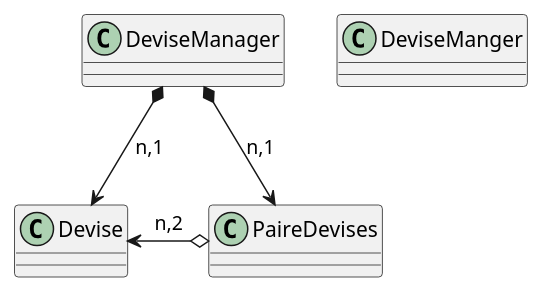
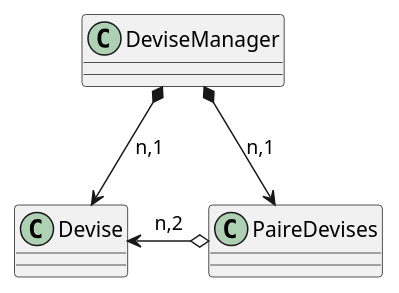
The diagram in uml/diagram_class.puml (mkuskusi/TD4), drawn with PlantUML before and after one commit. The commit also changed 1 other file, not shown here.

```diff
--- a/uml/diagram_class.puml
+++ b/uml/diagram_class.puml
@@ -1,22 +1,22 @@
 @startuml
 
 class PaireDevises {
 
 }
 
 class Devise {
 
 }
 
-class DeviseManger{
+class DeviseManager{
 
 }
 
 PaireDevises o-l->Devise: n,2
 
 DeviseManager*-->Devise:n,1
 DeviseManager*-->PaireDevises:n,1
 
 
 
 @enduml
```
